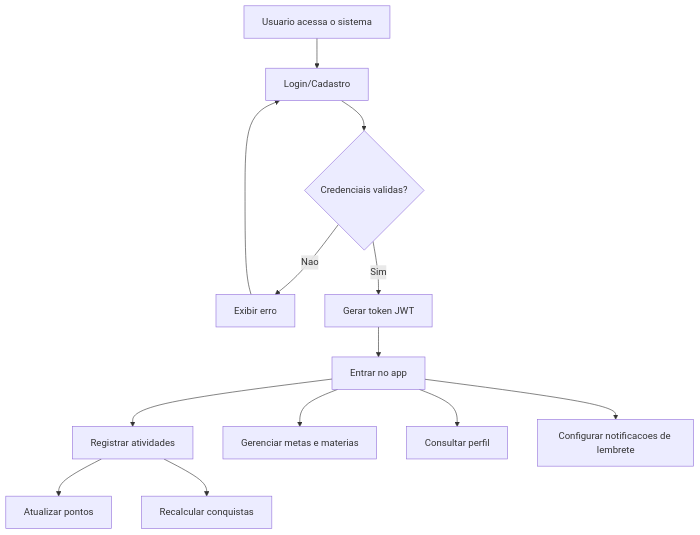
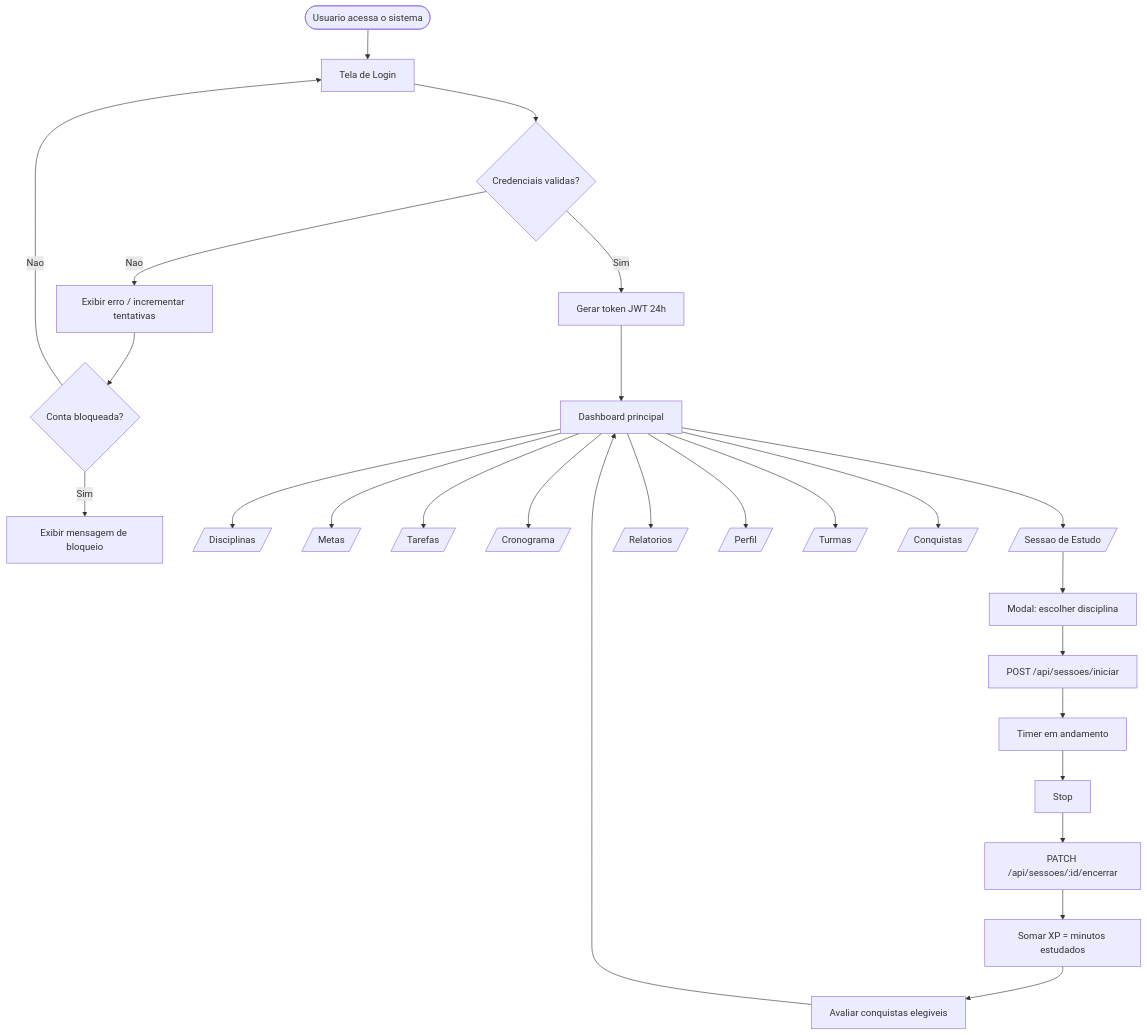
The first of 3 diagrams in docs/DIAGRAMAS_TELAS_USUARIO_FINAL.md (art4raujo0/xp-diario), drawn with Mermaid before and after one commit. The commit also changed other lines of this file and 24 other files, not shown here.

````diff
--- a/docs/DIAGRAMAS_TELAS_USUARIO_FINAL.md
+++ b/docs/DIAGRAMAS_TELAS_USUARIO_FINAL.md
@@ -5,15 +13,30 @@
 ```mermaid
 flowchart TD
-    A[Usuario acessa o sistema] --> B[Login/Cadastro]
-    B --> C{Credenciais validas?}
-    C -- Nao --> D[Exibir erro]
-    D --> B
-    C -- Sim --> E[Gerar token JWT]
-    E --> F[Entrar no app]
-    F --> G[Registrar atividades]
-    F --> H[Gerenciar metas e materias]
-    G --> I[Atualizar pontos]
-    G --> J[Recalcular conquistas]
-    F --> K[Consultar perfil]
-    F --> L[Configurar notificacoes de lembrete]
+    START([Usuario acessa o sistema]) --> LOGIN[Tela de Login]
+    LOGIN --> CRED{Credenciais validas?}
+    CRED -- Nao --> ERRO[Exibir erro / incrementar tentativas]
+    ERRO --> BLOQ{Conta bloqueada?}
+    BLOQ -- Sim --> MSG_BLOQ[Exibir mensagem de bloqueio]
+    BLOQ -- Nao --> LOGIN
+    CRED -- Sim --> JWT[Gerar token JWT 24h]
+    JWT --> APP[Dashboard principal]
+
+    APP --> DISC[/Disciplinas/]
+    APP --> META[/Metas/]
+    APP --> TAR[/Tarefas/]
+    APP --> CRON[/Cronograma/]
+    APP --> SESS[/Sessao de Estudo/]
+    APP --> REL[/Relatorios/]
+    APP --> PERF[/Perfil/]
+    APP --> TURM[/Turmas/]
+    APP --> CONQ[/Conquistas/]
+
+    SESS --> MODAL[Modal: escolher disciplina]
+    MODAL --> INICIAR[POST /api/sessoes/iniciar]
+    INICIAR --> TIMER[Timer em andamento]
+    TIMER --> STOP[Stop]
+    STOP --> ENCERRAR[PATCH /api/sessoes/:id/encerrar]
+    ENCERRAR --> XP[Somar XP = minutos estudados]
+    XP --> UNLOCK[Avaliar conquistas elegiveis]
+    UNLOCK --> APP
 ```
````
